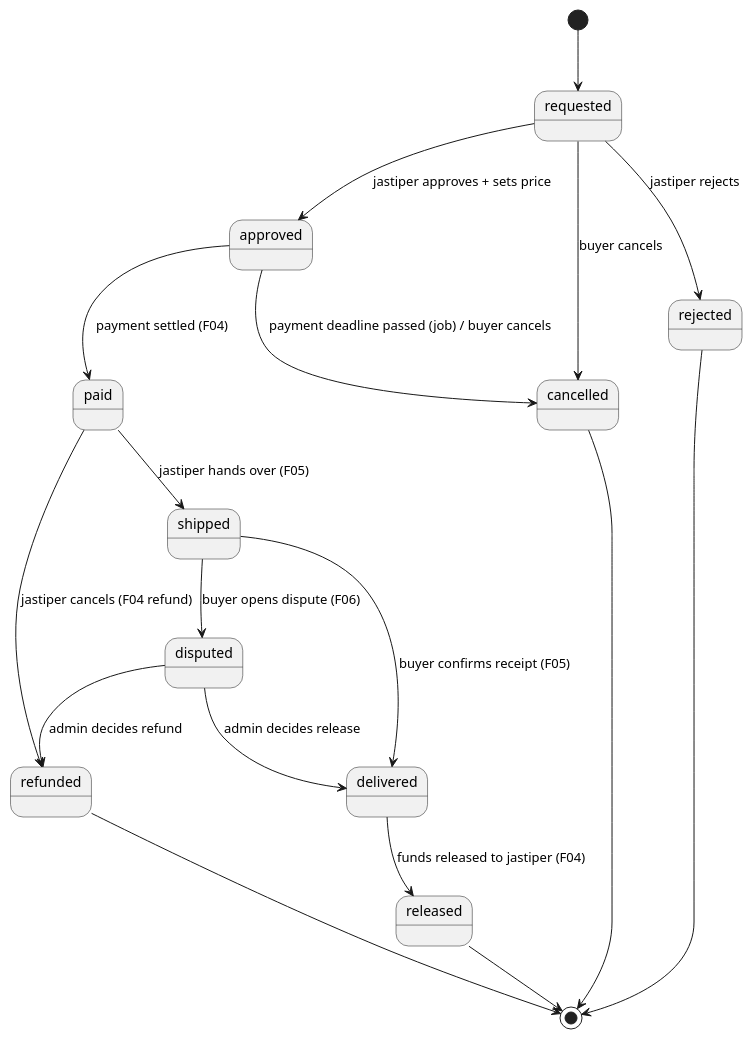
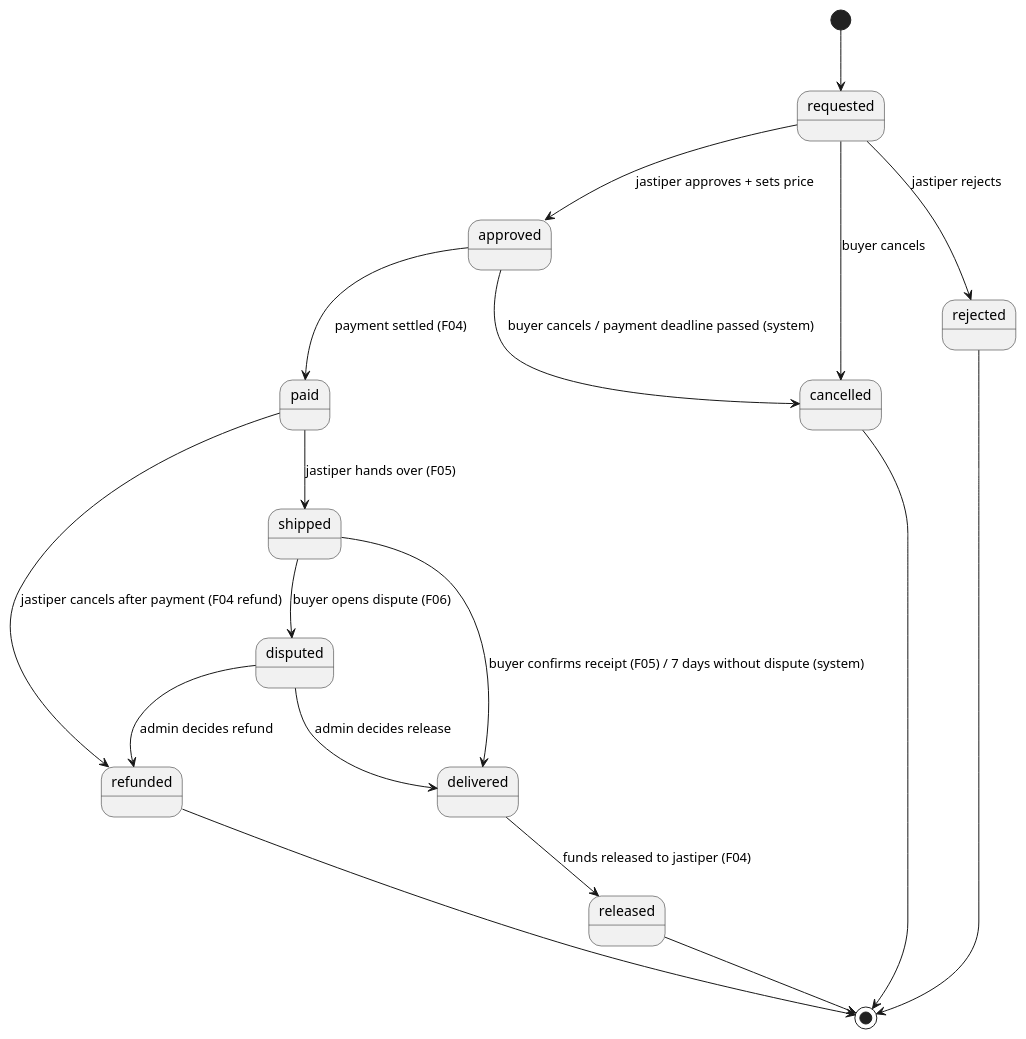
One commit to Titip-Dong/titipdong-be changed the first of 5 diagrams in docs/features/order.md. Above: the diagram before and after it, drawn with PlantUML. The commit also changed other lines of this file and 11 other files, not shown here.

````diff
--- a/docs/features/order.md
+++ b/docs/features/order.md
@@ -20,21 +19,21 @@
 ```plantuml
 @startuml
 [*] --> requested
 requested --> approved : jastiper approves + sets price
 requested --> rejected : jastiper rejects
 requested --> cancelled : buyer cancels
 approved --> paid : payment settled (F04)
-approved --> cancelled : payment deadline passed (job) / buyer cancels
+approved --> cancelled : buyer cancels / payment deadline passed (system)
 paid --> shipped : jastiper hands over (F05)
-paid --> refunded : jastiper cancels (F04 refund)
-shipped --> delivered : buyer confirms receipt (F05)
+paid --> refunded : jastiper cancels after payment (F04 refund)
+shipped --> delivered : buyer confirms receipt (F05) / 7 days without dispute (system)
 shipped --> disputed : buyer opens dispute (F06)
 disputed --> refunded : admin decides refund
 disputed --> delivered : admin decides release
 delivered --> released : funds released to jastiper (F04)
 released --> [*]
 refunded --> [*]
 rejected --> [*]
 cancelled --> [*]
 @enduml
 ```
````
